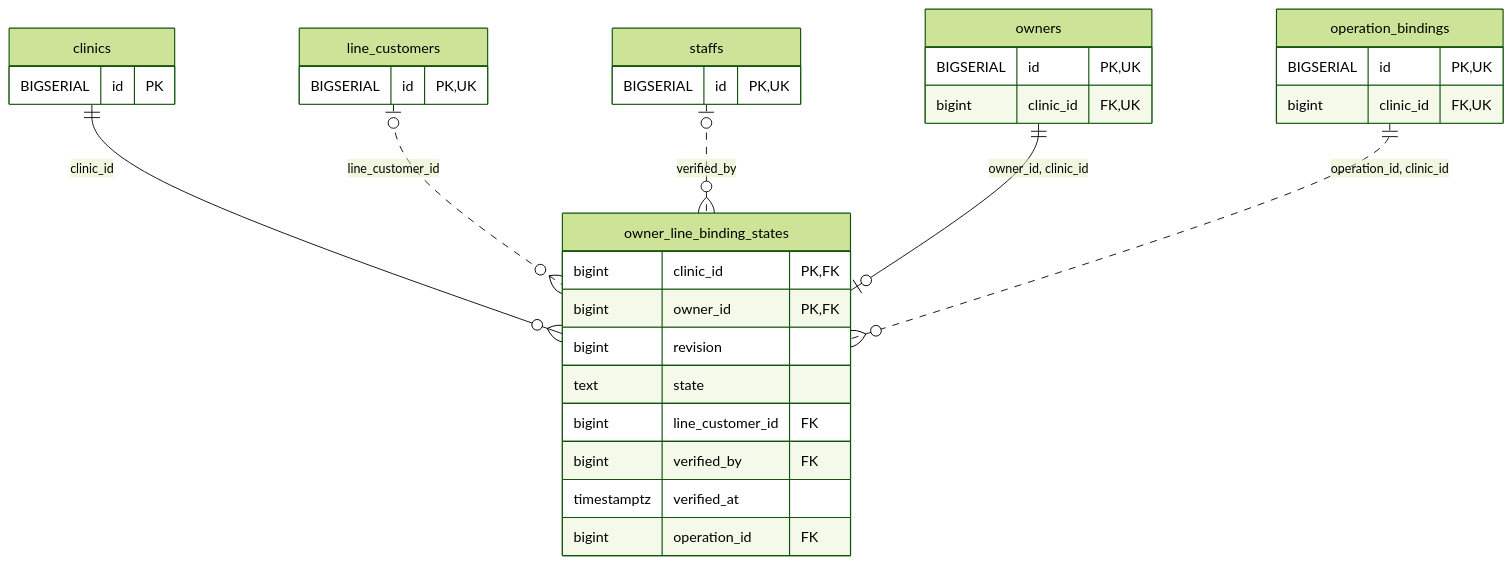
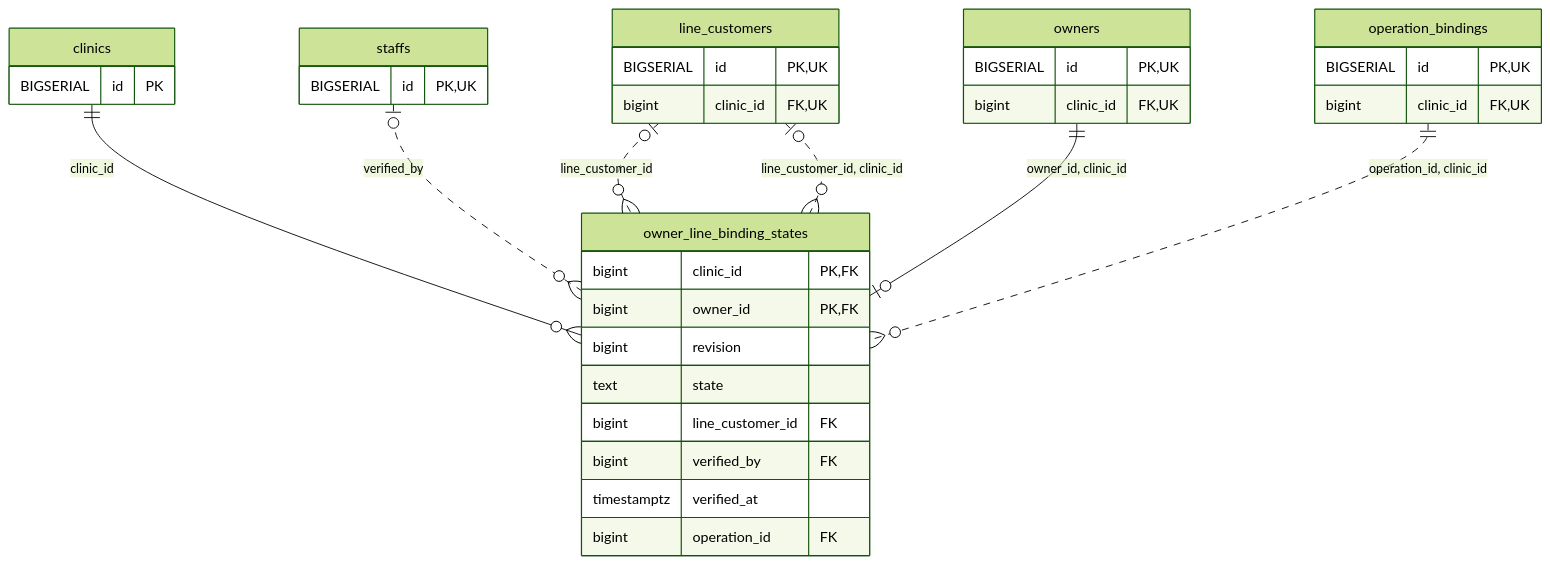
The diagram in docs/architecture/erd-detail/owner_line_binding_states.md (MinoruSoga/AnimalEkarte), drawn with Mermaid (forest theme) before and after one commit. The commit also changed other lines of this file and 147 other files, not shown here.

````diff
--- a/docs/architecture/erd-detail/owner_line_binding_states.md
+++ b/docs/architecture/erd-detail/owner_line_binding_states.md
@@ -31,35 +31,37 @@
 ```mermaid
 erDiagram
     owner_line_binding_states {
         bigint clinic_id PK,FK
         bigint owner_id PK,FK
         bigint revision
         text state
         bigint line_customer_id FK
         bigint verified_by FK
         timestamptz verified_at
         bigint operation_id FK
     }
     clinics {
         BIGSERIAL id PK
     }
     line_customers {
         BIGSERIAL id PK,UK
+        bigint clinic_id FK,UK
     }
     operation_bindings {
         BIGSERIAL id PK,UK
         bigint clinic_id FK,UK
     }
     owners {
         BIGSERIAL id PK,UK
         bigint clinic_id FK,UK
     }
     staffs {
         BIGSERIAL id PK,UK
     }
     clinics ||--o{ owner_line_binding_states : "clinic_id"
     line_customers o|..o{ owner_line_binding_states : "line_customer_id"
     staffs o|..o{ owner_line_binding_states : "verified_by"
     owners ||--o| owner_line_binding_states : "owner_id, clinic_id"
     operation_bindings ||..o{ owner_line_binding_states : "operation_id, clinic_id"
+    line_customers o|..o{ owner_line_binding_states : "line_customer_id, clinic_id"
 ```
````
